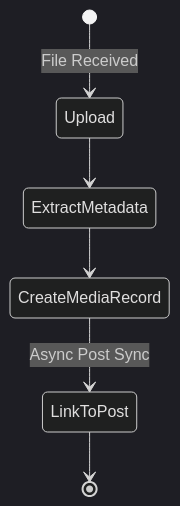
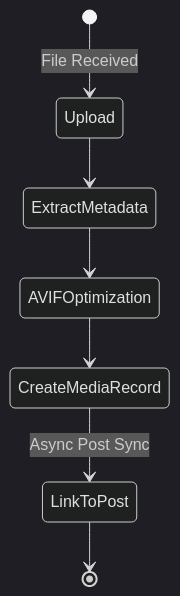
One commit to amirhossein-moloki/Blog changed the third of 4 diagrams in COMPREHENSIVE_ARCHITECTURE.md. Above: the diagram before and after it, drawn with Mermaid (dark theme). The commit also changed other lines of this file and 1 other file, not shown here.

First line of the commit message:
docs: update comprehensive architecture documents (FA & EN)

````diff
--- a/COMPREHENSIVE_ARCHITECTURE.md
+++ b/COMPREHENSIVE_ARCHITECTURE.md
@@ -477,8 +496,9 @@
 ```mermaid
 stateDiagram-v2
     [*] --> Upload: File Received
     Upload --> ExtractMetadata
-    ExtractMetadata --> CreateMediaRecord
+    ExtractMetadata --> AVIFOptimization
+    AVIFOptimization --> CreateMediaRecord
     CreateMediaRecord --> LinkToPost: Async Post Sync
     LinkToPost --> [*]
 ```
````
